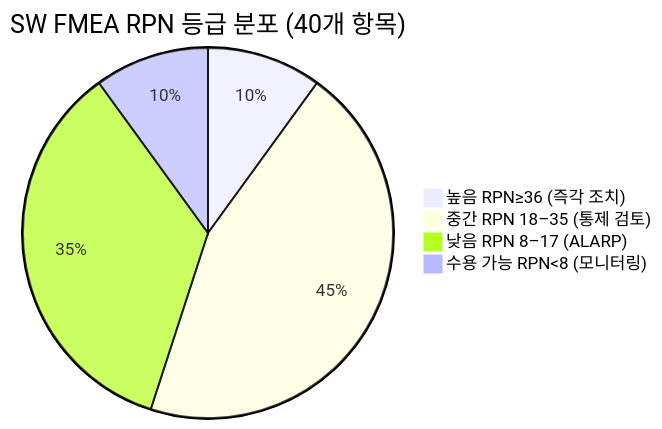
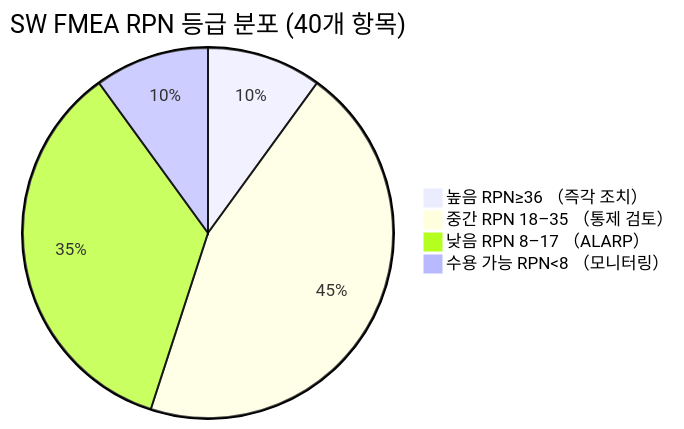
One commit to holee9/console-gui changed the eighth of 11 diagrams in docs/risk/DOC-009_FMEA_v1.0.md. Above: the diagram before and after it, drawn with Mermaid. The commit also changed other lines of this file and 19 other files, not shown here.

First line of the commit message:
fix: quadrantChart/pie/timeline 등 비flowchart 차트 파싱 오류 전면 수정

````diff
--- a/docs/risk/DOC-009_FMEA_v1.0.md
+++ b/docs/risk/DOC-009_FMEA_v1.0.md
@@ -668,7 +668,7 @@
 ```mermaid
 pie title SW FMEA RPN 등급 분포 (40개 항목)
-    "높음 RPN≥36 (즉각 조치)" : 4
-    "중간 RPN 18–35 (통제 검토)" : 18
-    "낮음 RPN 8–17 (ALARP)" : 14
-    "수용 가능 RPN<8 (모니터링)" : 4
+    "높음 RPN≥36 （즉각 조치）" : 4
+    "중간 RPN 18–35 （통제 검토）" : 18
+    "낮음 RPN 8–17 （ALARP）" : 14
+    "수용 가능 RPN<8 （모니터링）" : 4
 ```
````
